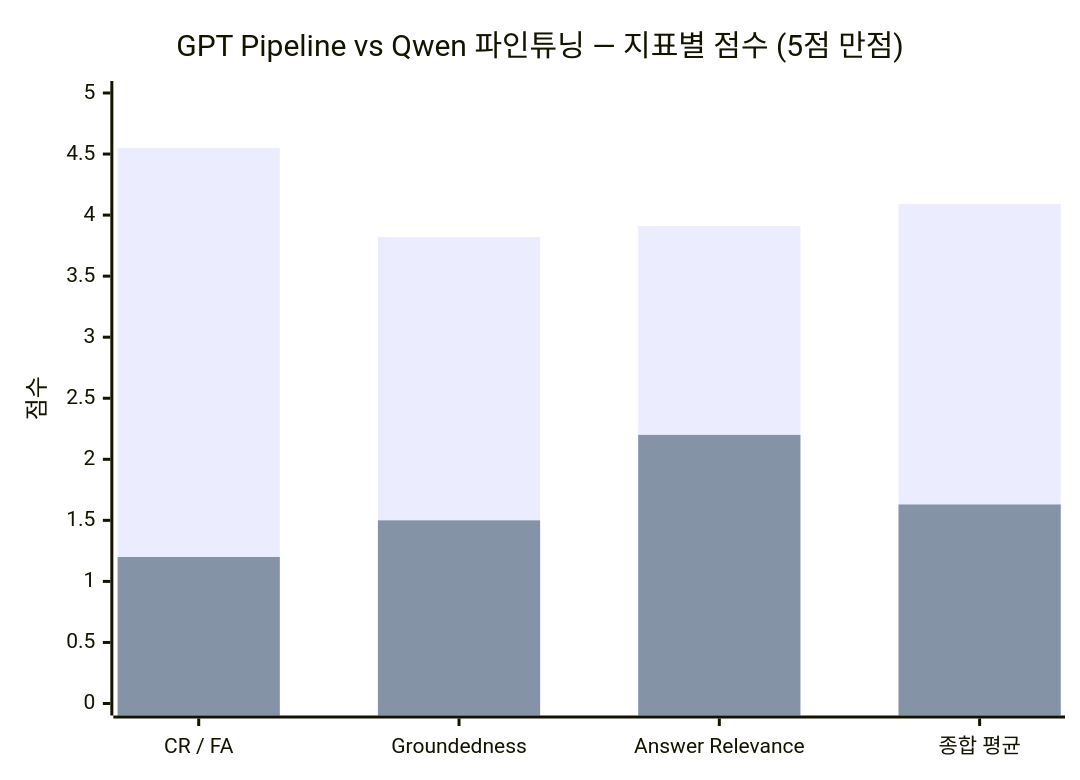
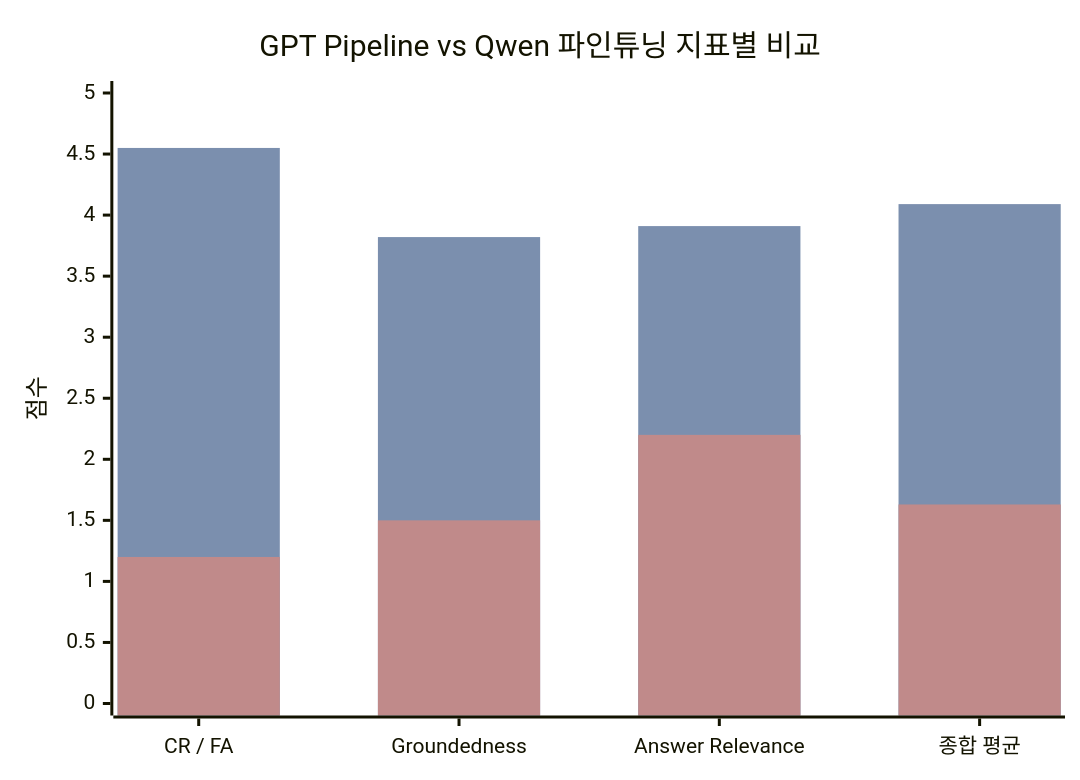
One commit to Somber-7/SKN29-3rd-4Team changed the third of 3 diagrams in docs/기획/프로젝트_결과.md. Above: the diagram before and after it, drawn with Mermaid. The commit also changed other lines of this file, not shown here.

````diff
--- a/docs/기획/프로젝트_결과.md
+++ b/docs/기획/프로젝트_결과.md
@@ -316,8 +552,9 @@
 ```mermaid
+%%{init: {"themeVariables": {"xyChart": {"plotColorPalette": "#7B8FAE, #C08A8A"}}}}%%
 xychart-beta
-    title "GPT Pipeline vs Qwen 파인튜닝 — 지표별 점수 (5점 만점)"
+    title "GPT Pipeline vs Qwen 파인튜닝 지표별 비교"
     x-axis ["CR / FA", "Groundedness", "Answer Relevance", "종합 평균"]
     y-axis "점수" 0 --> 5
     bar [4.55, 3.82, 3.91, 4.09]
     bar [1.20, 1.50, 2.20, 1.63]
 ```
````
